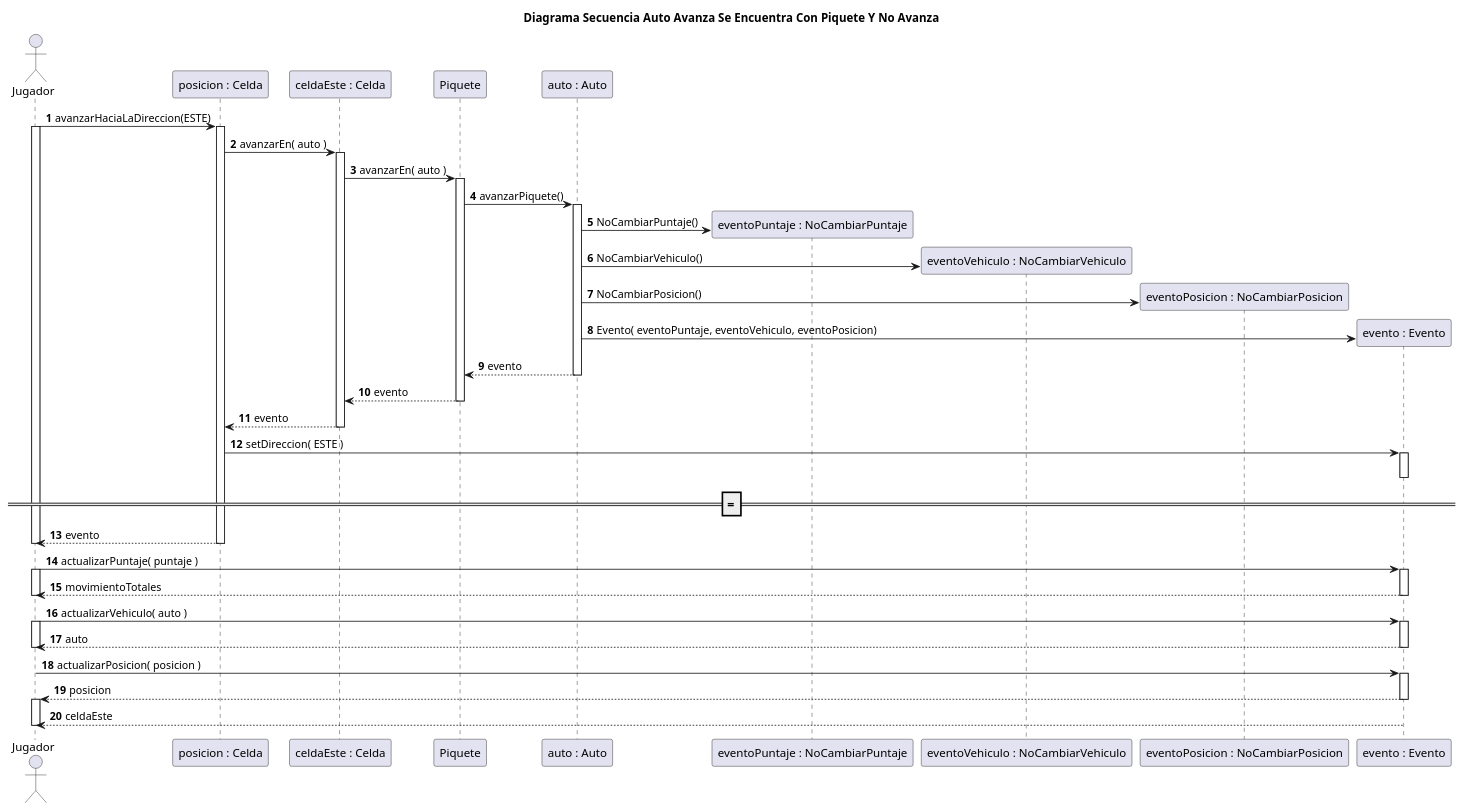
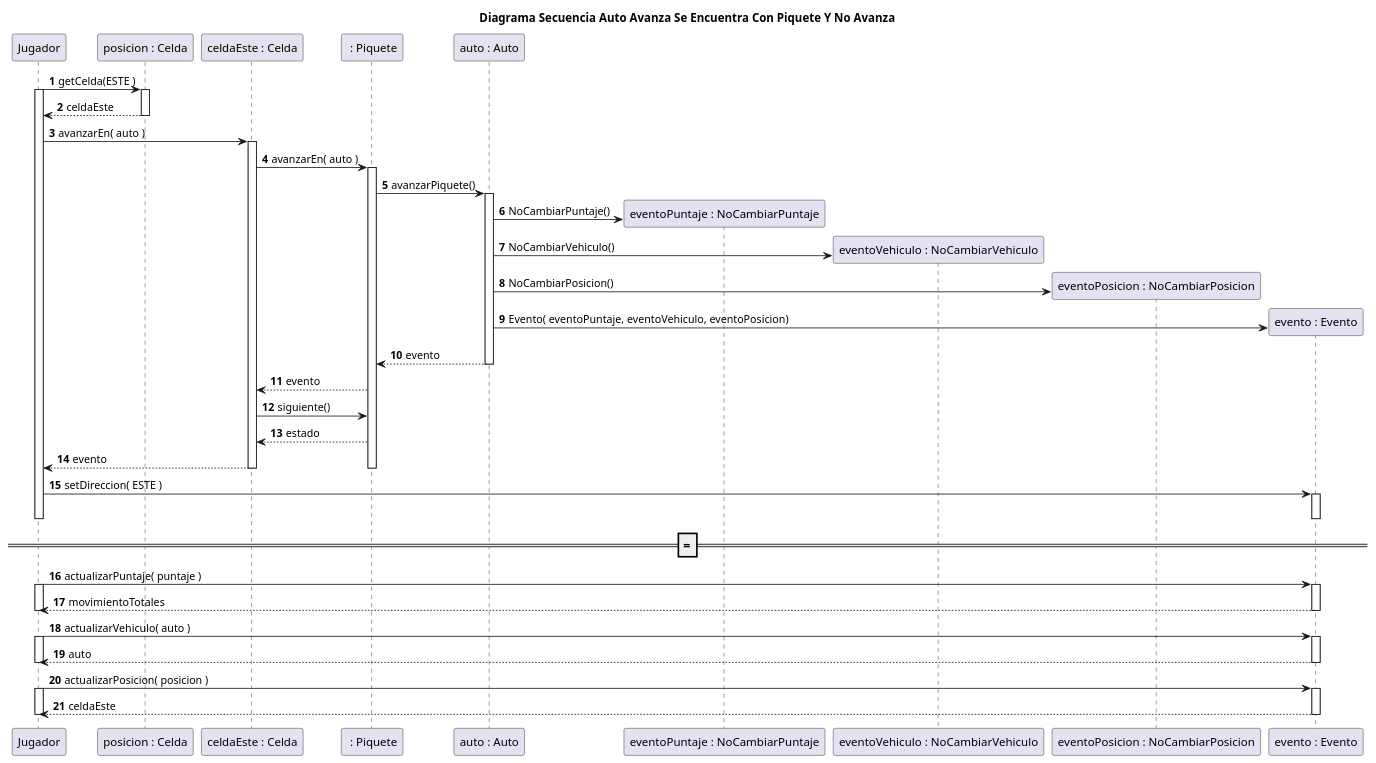
Before and after one commit to rodrigovzq/algo3_tp2: the diagram in diagrams/sequences/entrega1/actualizados/DiagramaSecuenciaCasoConPiqueteEnAuto.puml, drawn with PlantUML. The commit also changed 6 other files, not shown here.

Commit message:
Actualize diagramas primera entrega

```diff
--- a/diagrams/sequences/entrega1/actualizados/DiagramaSecuenciaCasoConPiqueteEnAuto.puml
+++ b/diagrams/sequences/entrega1/actualizados/DiagramaSecuenciaCasoConPiqueteEnAuto.puml
@@ -1,64 +1,60 @@
 @startuml
 title Diagrama Secuencia Auto Avanza Se Encuentra Con Piquete Y No Avanza
 
 autonumber
 
-actor Jugador
+Jugador -> "posicion : Celda"++: getCelda(ESTE )
+activate Jugador
+"posicion : Celda" --> Jugador: celdaEste
+deactivate "posicion : Celda"
+ Jugador -> "celdaEste : Celda"++: avanzarEn( auto )
 
-Jugador -> "posicion : Celda"++: avanzarHaciaLaDireccion(ESTE)
-
-activate Jugador
-"posicion : Celda" -> "celdaEste : Celda"++: avanzarEn( auto )
-
-
-"celdaEste : Celda" -> Piquete++: avanzarEn( auto )
-Piquete -> "auto : Auto"++: avanzarPiquete()
+"celdaEste : Celda" -> " : Piquete"++: avanzarEn( auto )
+" : Piquete" -> "auto : Auto"++: avanzarPiquete()
 
 create "eventoPuntaje : NoCambiarPuntaje"
 "auto : Auto" -> "eventoPuntaje : NoCambiarPuntaje": NoCambiarPuntaje()
 
 create "eventoVehiculo : NoCambiarVehiculo"
 "auto : Auto"  -> "eventoVehiculo : NoCambiarVehiculo": NoCambiarVehiculo()
 
 create "eventoPosicion : NoCambiarPosicion"
 "auto : Auto"  -> "eventoPosicion : NoCambiarPosicion": NoCambiarPosicion()
 
 create "evento : Evento"
 "auto : Auto"  -> "evento : Evento": Evento( eventoPuntaje, eventoVehiculo, eventoPosicion)
 
-"auto : Auto" --> Piquete: evento
+"auto : Auto" --> " : Piquete": evento
 deactivate "auto : Auto"
 
-Piquete --> "celdaEste : Celda": evento
-
-deactivate Piquete
-"celdaEste : Celda" --> "posicion : Celda": evento
+" : Piquete" --> "celdaEste : Celda": evento
+"celdaEste : Celda" -> " : Piquete": siguiente()
+" : Piquete" --> "celdaEste : Celda": estado
+"celdaEste : Celda" --> Jugador: evento
+deactivate " : Piquete"
 deactivate "celdaEste : Celda"
 
-
-
-"posicion : Celda" -> "evento : Evento"++: setDireccion( ESTE )
+Jugador -> "evento : Evento"++: setDireccion( ESTE )
 =======
 deactivate "evento : Evento"
-"posicion : Celda" --> Jugador--: evento
+
 deactivate Jugador
 
 
 Jugador -> "evento : Evento"++: actualizarPuntaje( puntaje )
 activate Jugador
 Jugador <-- "evento : Evento"--: movimientoTotales
 deactivate Jugador
 
 Jugador -> "evento : Evento"++: actualizarVehiculo( auto )
 activate Jugador
 Jugador <-- "evento : Evento"--: auto
 deactivate Jugador
 
 Jugador -> "evento : Evento"++: actualizarPosicion( posicion )
-Jugador <-- "evento : Evento"--: posicion
 
 activate Jugador
 Jugador <-- "evento : Evento"--: celdaEste
 deactivate Jugador
 
 @enduml
```
